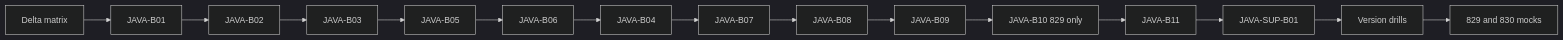
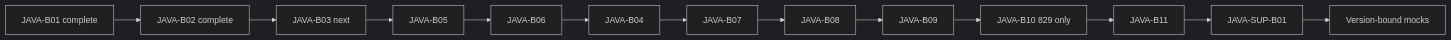
Before and after one commit to alimbetov/obsidian: the second of 2 diagrams in 00_HOME/Oracle Java 17 and 21 Certification Program.md, drawn with Mermaid (dark theme). The commit also changed other lines of this file, not shown here.

Commit message:
docs: refresh Oracle Java program navigation

````diff
--- a/00_HOME/Oracle Java 17 and 21 Certification Program.md
+++ b/00_HOME/Oracle Java 17 and 21 Certification Program.md
@@ -222,17 +198,15 @@
 ```mermaid
 flowchart LR
-    MATRIX[Delta matrix] --> B1[JAVA-B01]
-    B1 --> B2[JAVA-B02]
-    B2 --> B3[JAVA-B03]
+    B1[JAVA-B01 complete] --> B2[JAVA-B02 complete]
+    B2 --> B3[JAVA-B03 next]
     B3 --> B5[JAVA-B05]
     B5 --> B6[JAVA-B06]
     B6 --> B4[JAVA-B04]
     B4 --> B7[JAVA-B07]
     B7 --> B8[JAVA-B08]
     B8 --> B9[JAVA-B09]
     B9 --> B10[JAVA-B10 829 only]
     B10 --> B11[JAVA-B11]
     B11 --> SUP[JAVA-SUP-B01]
-    SUP --> DRILLS[Version drills]
-    DRILLS --> MOCKS[829 and 830 mocks]
+    SUP --> MOCKS[Version-bound mocks]
 ```
````
